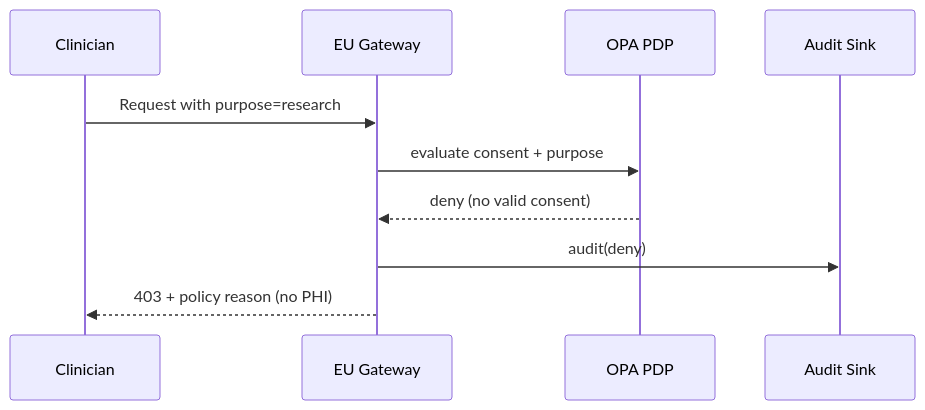
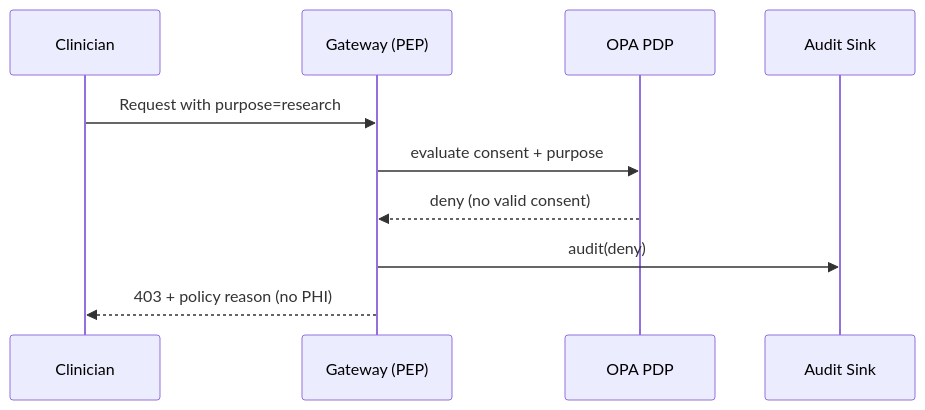
One commit to SafetyMP/Healthcare-Data-Exchange changed the second of 6 diagrams in docs/architecture/data-flows.md. Above: the diagram before and after it, drawn with Mermaid. The commit also changed other lines of this file and 9 other files, not shown here.

First line of the commit message:
docs: align README and architecture docs with portfolio audit (#18)

````diff
--- a/docs/architecture/data-flows.md
+++ b/docs/architecture/data-flows.md
@@ -44,13 +46,13 @@
 ```mermaid
 sequenceDiagram
   participant C as Clinician
-  participant G as EU Gateway
+  participant G as Gateway (PEP)
   participant O as OPA PDP
   participant A as Audit Sink
 
   C->>G: Request with purpose=research
   G->>O: evaluate consent + purpose
   O-->>G: deny (no valid consent)
   G->>A: audit(deny)
   G-->>C: 403 + policy reason (no PHI)
 ```
````
